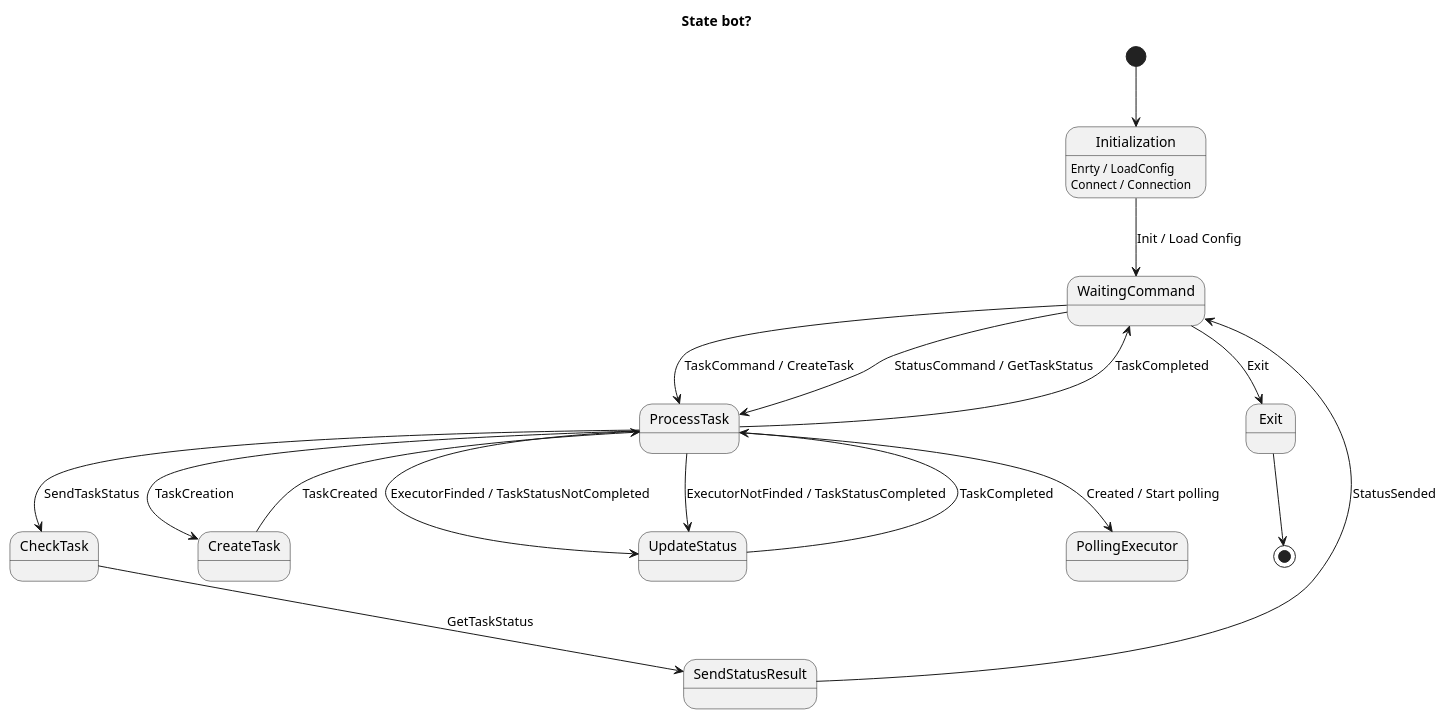
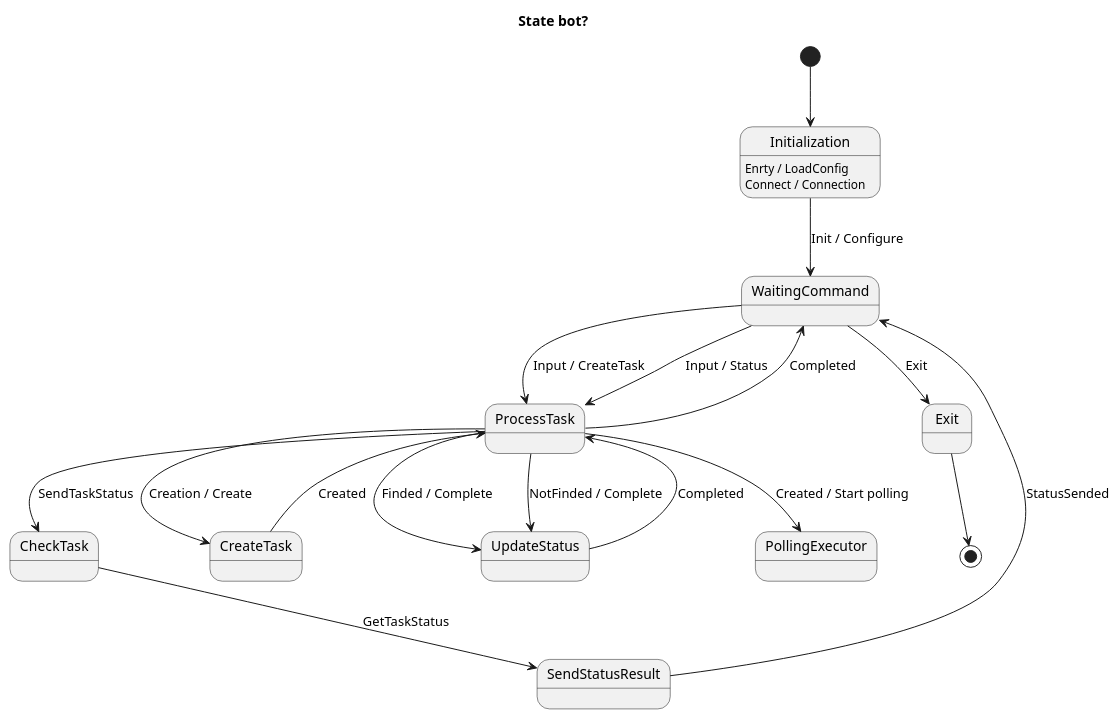
The diagram in Doc/puml.src/BotState.puml (Plasmat1x/PaulBot), drawn with PlantUML before and after one commit. The commit also changed 6 other files, not shown here.

Commit message:
Update work.md, add scenario.md add diagramms

```diff
--- a/Doc/puml.src/BotState.puml
+++ b/Doc/puml.src/BotState.puml
@@ -1,26 +1,26 @@
 @startuml BotState
 Title State bot?
 
 Initialization : Enrty / LoadConfig
 Initialization : Connect / Connection
 
 [*] --> Initialization
-Initialization --> WaitingCommand : Init / Load Config
 
-WaitingCommand --> ProcessTask : TaskCommand / CreateTask
-WaitingCommand --> ProcessTask : StatusCommand / GetTaskStatus
+Initialization --> WaitingCommand : Init / Configure
+WaitingCommand --> ProcessTask : Input / CreateTask
+WaitingCommand --> ProcessTask : Input / Status
 SendStatusResult --> WaitingCommand : StatusSended
 ProcessTask --> CheckTask : SendTaskStatus
 CheckTask --> SendStatusResult : GetTaskStatus
-ProcessTask --> CreateTask : TaskCreation
-CreateTask --> ProcessTask : TaskCreated
-UpdateStatus --> ProcessTask : TaskCompleted
-ProcessTask --> WaitingCommand : TaskCompleted
-ProcessTask --> UpdateStatus : ExecutorFinded / TaskStatusNotCompleted
-ProcessTask --> UpdateStatus : ExecutorNotFinded / TaskStatusCompleted
+ProcessTask --> CreateTask : Creation / Create
+CreateTask --> ProcessTask : Created
+UpdateStatus --> ProcessTask : Completed
+ProcessTask --> WaitingCommand : Completed
+ProcessTask --> UpdateStatus : Finded / Complete
+ProcessTask --> UpdateStatus : NotFinded / Complete
 ProcessTask --> PollingExecutor : Created / Start polling
 
 WaitingCommand --> Exit : Exit
 Exit --> [*]
 
 @enduml
```
